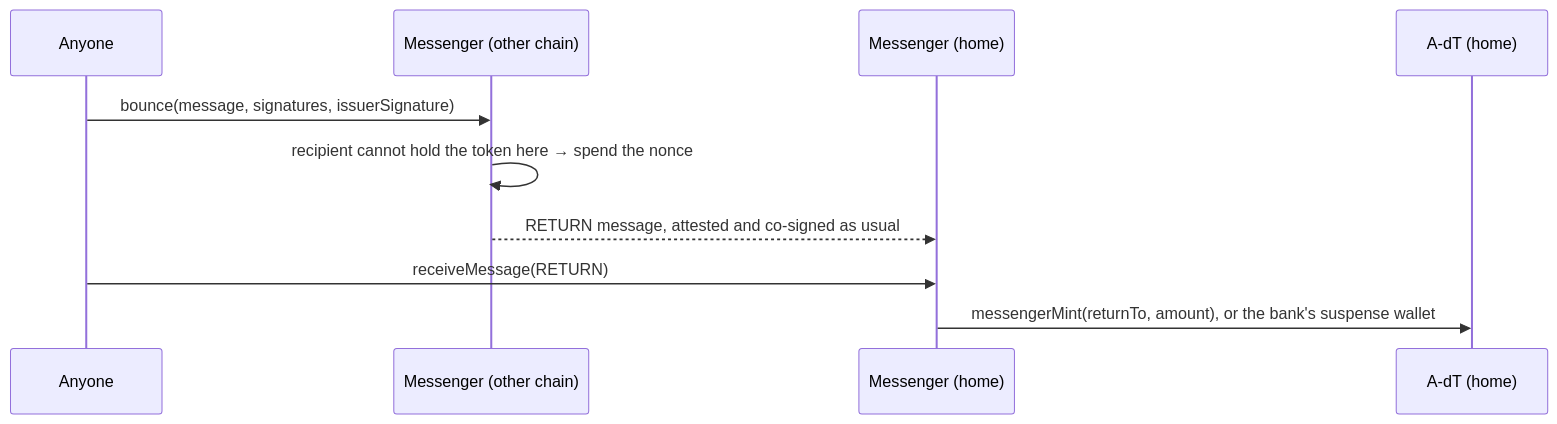
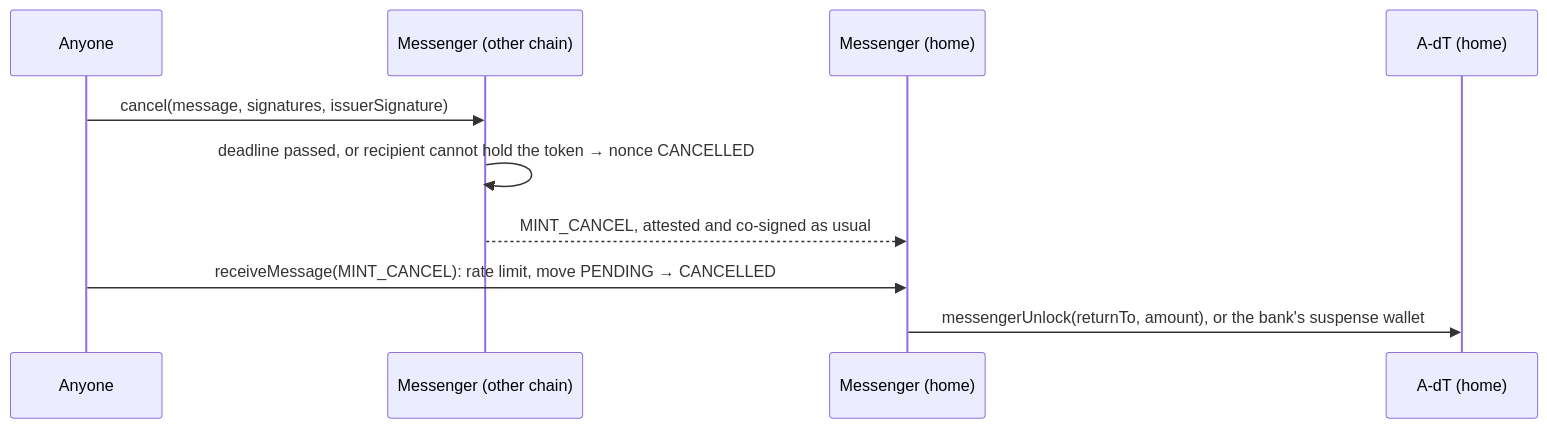
Before and after one commit to wfblockchain/omnibus-deposit-network: the sixth of 7 diagrams in docs/contract-flows.md, drawn with Mermaid. The commit also changed other lines of this file and 21 other files, not shown here.

First line of the commit message:
Cross-chain v4: inbound mint rate limit, lock-then-burn with deadline cancel, minted-only accounting; operator naming in Go

````diff
--- a/docs/contract-flows.md
+++ b/docs/contract-flows.md
@@ -213,12 +233,12 @@
 ```mermaid
 sequenceDiagram
     participant X as Anyone
     participant RM as Messenger (other chain)
     participant HM as Messenger (home)
     participant TA as A-dT (home)
-    X->>RM: bounce(message, signatures, issuerSignature)
-    RM->>RM: recipient cannot hold the token here → spend the nonce
-    RM-->>HM: RETURN message, attested and co-signed as usual
-    X->>HM: receiveMessage(RETURN)
-    HM->>TA: messengerMint(returnTo, amount), or the bank's suspense wallet
+    X->>RM: cancel(message, signatures, issuerSignature)
+    RM->>RM: deadline passed, or recipient cannot hold the token → nonce CANCELLED
+    RM-->>HM: MINT_CANCEL, attested and co-signed as usual
+    X->>HM: receiveMessage(MINT_CANCEL): rate limit, move PENDING → CANCELLED
+    HM->>TA: messengerUnlock(returnTo, amount), or the bank's suspense wallet
 ```
````
